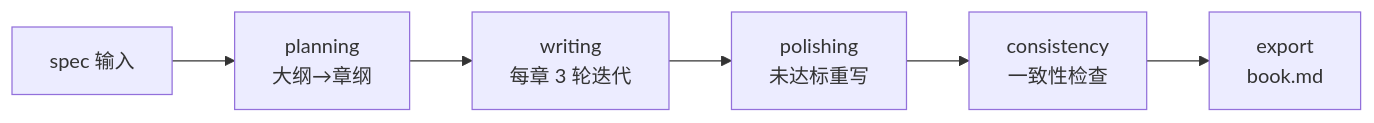
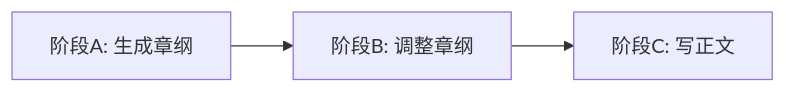
One commit to growdu/ai-novel changed the second of 2 diagrams in docs/USER_MANUAL.md. Above: the diagram before and after it, drawn with Mermaid. The commit also changed other lines of this file, not shown here.

````diff
--- a/docs/USER_MANUAL.md
+++ b/docs/USER_MANUAL.md
@@ -290,8 +184,5 @@
 ```mermaid
 graph LR
-    A[spec 输入] --> B[planning<br/>大纲→章纲]
-    B --> C[writing<br/>每章 3 轮迭代]
-    C --> D[polishing<br/>未达标重写]
-    D --> E[consistency<br/>一致性检查]
-    E --> F[export<br/>book.md]
+    A[阶段A: 生成章纲] --> B[阶段B: 调整章纲]
+    B --> C[阶段C: 写正文]
 ```
````
